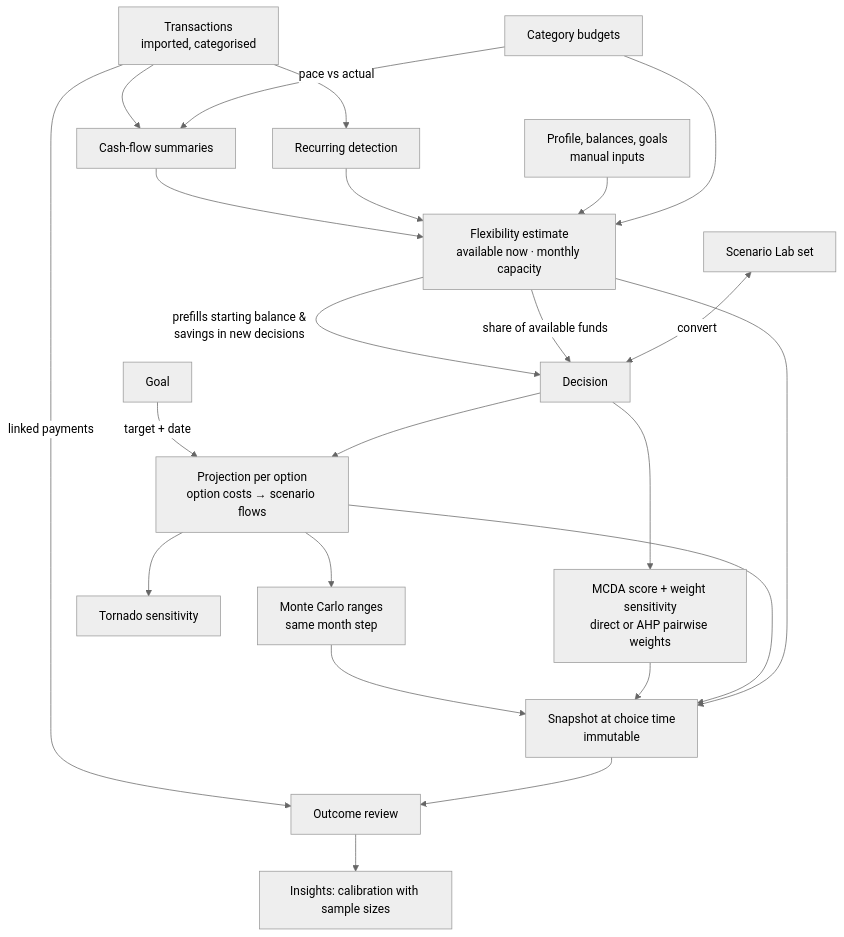
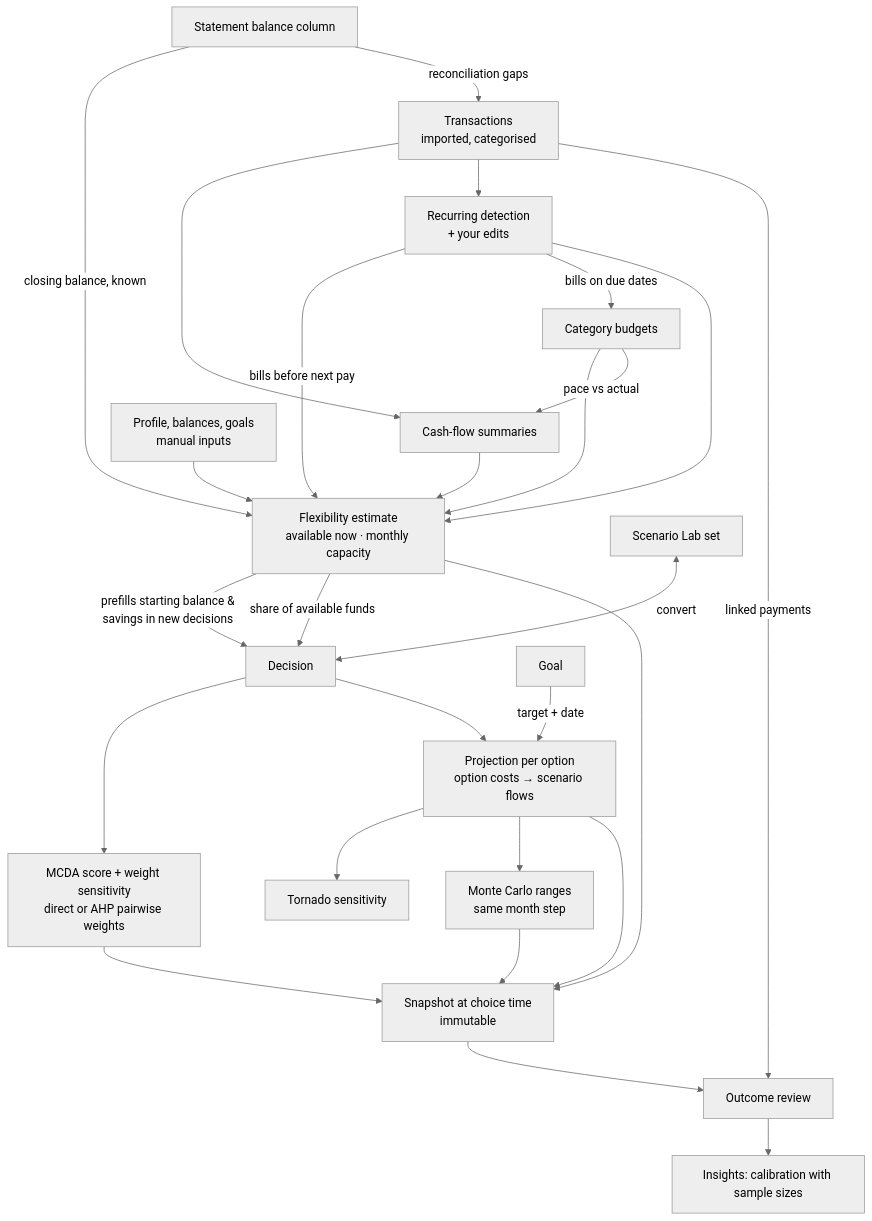
The second of 2 diagrams in docs/ARCHITECTURE.md (geosaurus98/DecisionLab), drawn with Mermaid (neutral theme) before and after one commit. The commit also changed other lines of this file and 29 other files, not shown here.

````diff
--- a/docs/ARCHITECTURE.md
+++ b/docs/ARCHITECTURE.md
@@ -40,25 +40,29 @@
 ```mermaid
 flowchart TD
   T[Transactions<br/>imported, categorised] --> CF[Cash-flow summaries]
-  T --> RC[Recurring detection]
+  ST[Statement balance column] -->|closing balance, known| FX
+  ST -->|reconciliation gaps| T
+  T --> RC[Recurring detection<br/>+ your edits]
+  RC -->|bills before next pay| FX
+  RC -->|bills on due dates| B
   CF --> FX[Flexibility estimate<br/>available now · monthly capacity]
   RC --> FX
   P[Profile, balances, goals<br/>manual inputs] --> FX
   B[Category budgets] --> FX
   B -->|pace vs actual| CF
   FX -->|prefills starting balance &<br/>savings in new decisions| D[Decision]
   FX -->|share of available funds| D
   D --> S[MCDA score + weight sensitivity<br/>direct or AHP pairwise weights]
   SL[Scenario Lab set] <-->|convert| D
   G[Goal] -->|target + date| PR
   D --> PR[Projection per option<br/>option costs → scenario flows]
   PR --> TS[Tornado sensitivity]
   PR --> MC[Monte Carlo ranges<br/>same month step]
   MC --> SN
   S --> SN[Snapshot at choice time<br/>immutable]
   PR --> SN
   FX --> SN
   T -->|linked payments| RV
   SN --> RV[Outcome review]
   RV --> IN[Insights: calibration with sample sizes]
 ```
````
